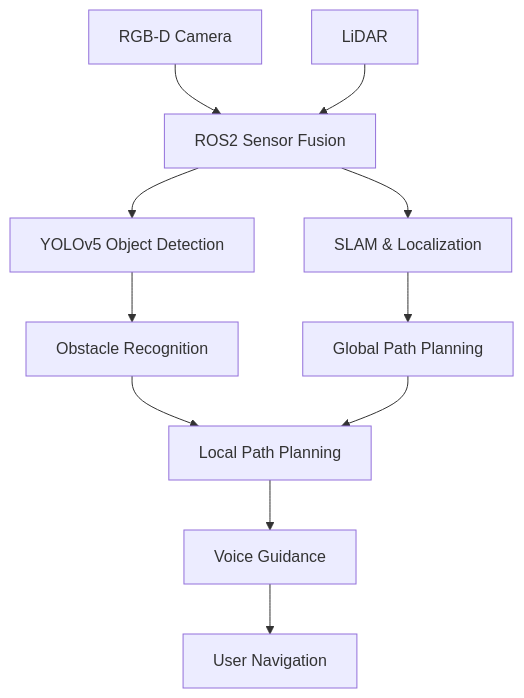
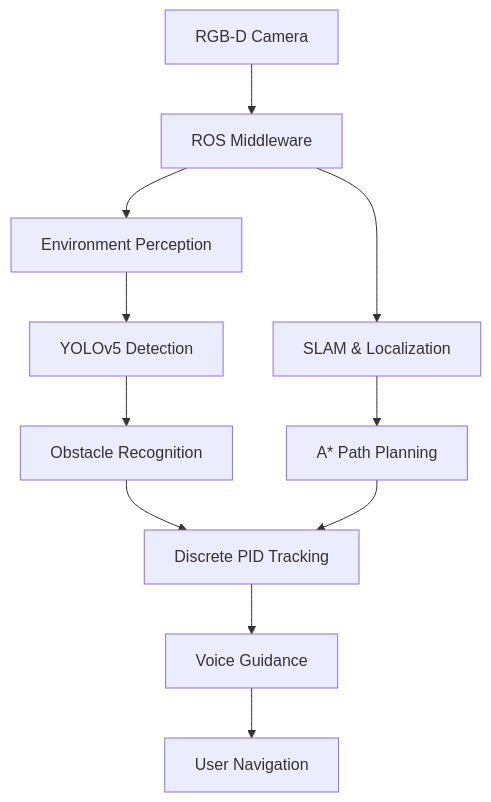
One commit to Giromi/AssistiveNavigationSystem changed the diagram in README.md. Above: the diagram before and after it, drawn with Mermaid. The commit also changed other lines of this file, not shown here.

````diff
--- a/README.md
+++ b/README.md
@@ -20,25 +133,25 @@
 ```mermaid
 flowchart TD
 
 A[RGB-D Camera]
-B[LiDAR]
-C[ROS2 Sensor Fusion]
+B[ROS Middleware]
+C[Environment Perception]
 D[SLAM & Localization]
-E[YOLOv5 Object Detection]
+E[YOLOv5 Detection]
 F[Obstacle Recognition]
-G[Global Path Planning]
-H[Local Path Planning]
+G[A* Path Planning]
+H[Discrete PID Tracking]
 I[Voice Guidance]
 J[User Navigation]
 
-A --> C
+A --> B
 B --> C
-C --> D
+B --> D
 C --> E
 E --> F
 D --> G
 F --> H
 G --> H
 H --> I
 I --> J
 ```
````
